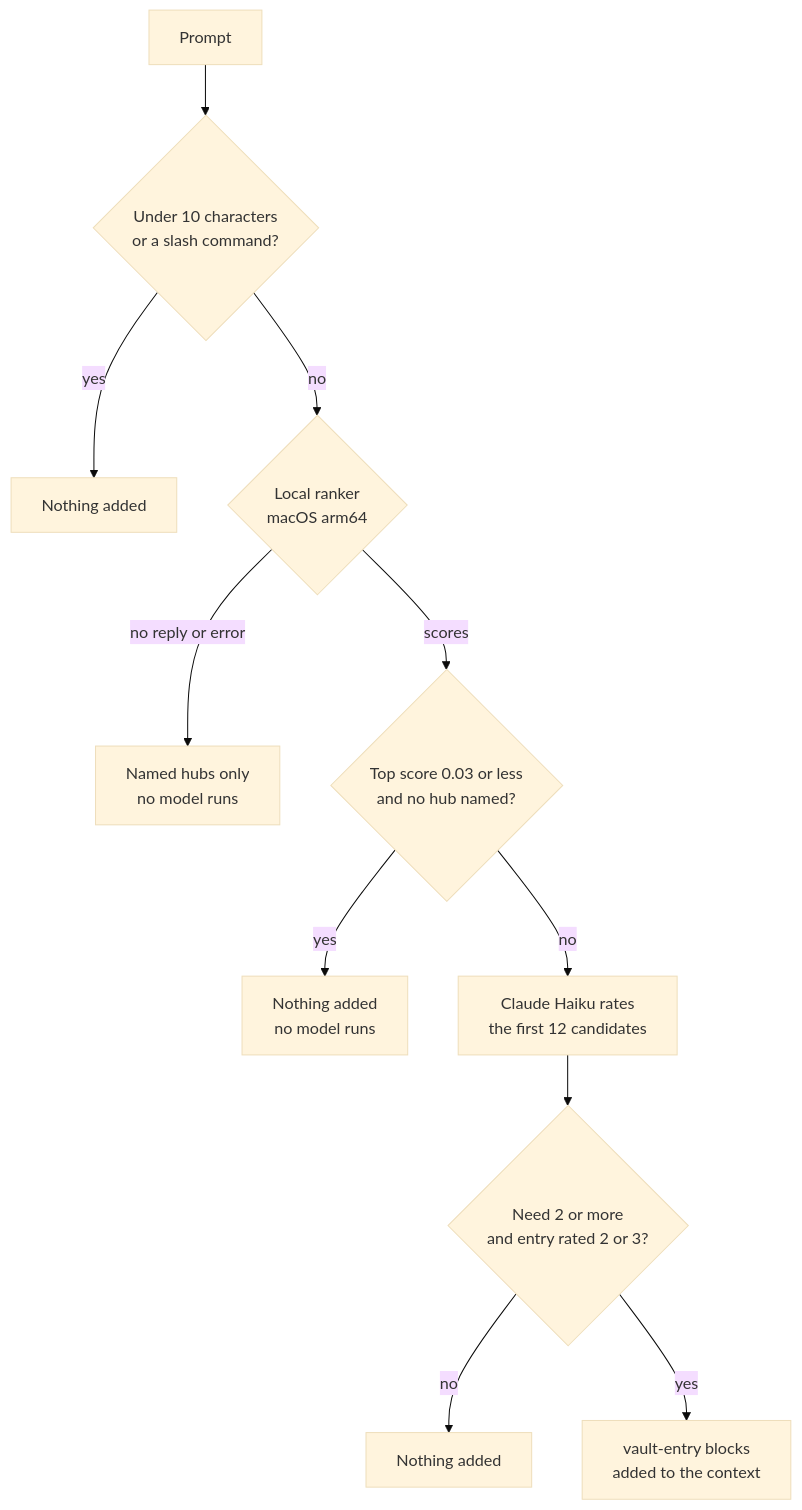
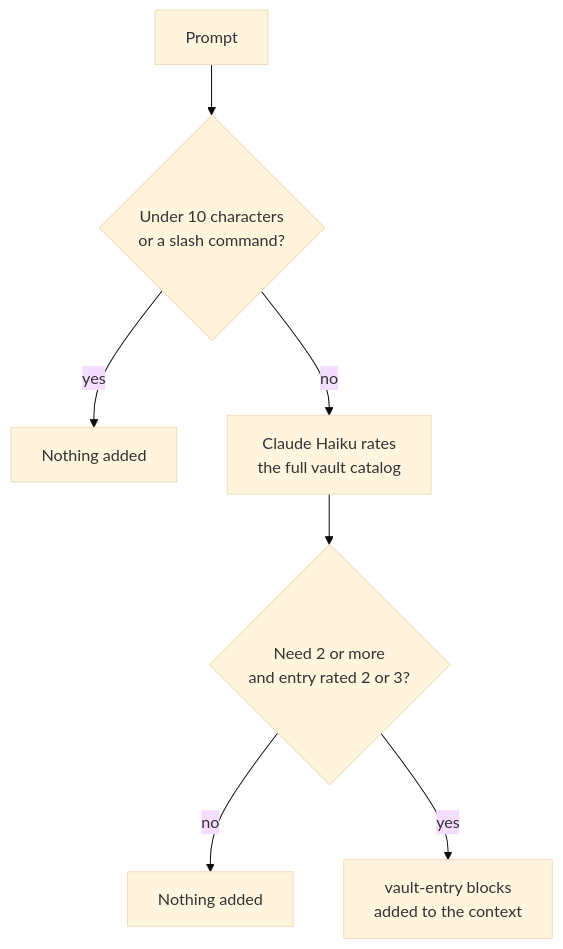
Before and after one commit to Poxagronka/claude-knowledge-layer: the diagram in README.md, drawn with Mermaid (base theme). The commit also changed other lines of this file and 60 other files, not shown here.

````diff
--- a/README.md
+++ b/README.md
@@ -68,13 +74,9 @@
 ```mermaid
 flowchart TD
     P[Prompt] --> S{Under 10 characters<br/>or a slash command?}
     S -- yes --> N0[Nothing added]
-    S -- no --> R{Local ranker<br/>macOS arm64}
-    R -- no reply or error --> H[Named hubs only<br/>no model runs]
-    R -- scores --> T{Top score 0.03 or less<br/>and no hub named?}
-    T -- yes --> N1[Nothing added<br/>no model runs]
-    T -- no --> M[Claude Haiku rates<br/>the first 12 candidates]
+    S -- no --> M[Claude Haiku rates<br/>the full vault catalog]
     M --> Q{Need 2 or more<br/>and entry rated 2 or 3?}
     Q -- no --> N2[Nothing added]
     Q -- yes --> V["vault-entry blocks<br/>added to the context"]
 ```
````
